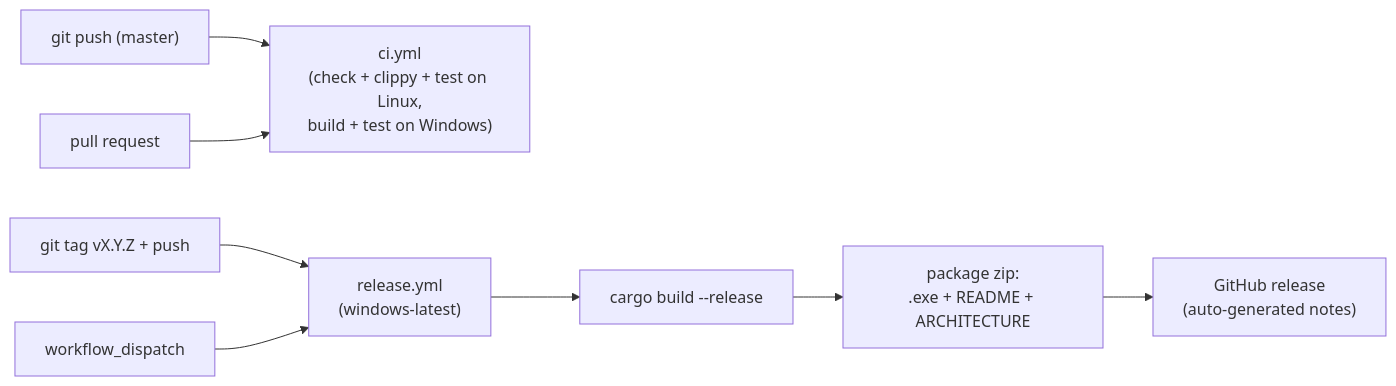
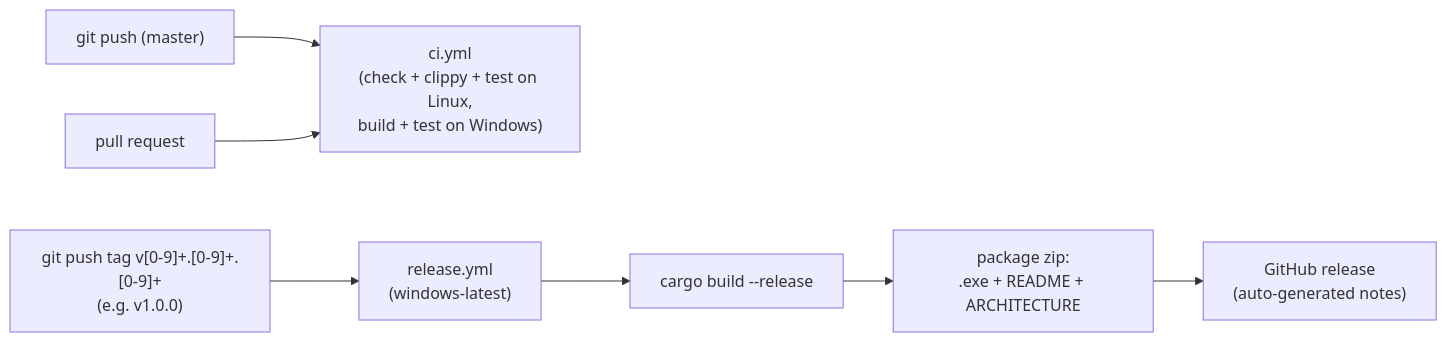
Before and after one commit to Eric-D/obs-discord-voice-overlay: the tenth of 10 diagrams in docs/ARCHITECTURE.md, drawn with Mermaid. The commit also changed other lines of this file and 2 other files, not shown here.

Commit message:
ci(release): restrict trigger to strict SemVer tags only
The release workflow now fires exclusively on a tag push matching
`v[0-9]+.[0-9]+.[0-9]+` (e.g. `v1.0.0`). Removes:
- The `workflow_dispatch` trigger and its `tag` input.
- The looser `v*.*.*` glob (which would match non-numeric segments and
  pre-release suffixes like `v1.0.0-alpha`).

Tags that do not match — pre-releases, uppercase `V`, anything outside
`v<int>.<int>.<int>` — are now ignored, preventing accidental
"unintended release" surprises and keeping every published artifact
strictly versioned.

README and ARCHITECTURE updated to reflect the new constraint.

````diff
--- a/docs/ARCHITECTURE.md
+++ b/docs/ARCHITECTURE.md
@@ -359,10 +359,9 @@
 ```mermaid
 flowchart LR
     Push["git push (master)"] --> CI["ci.yml<br/>(check + clippy + test on Linux,<br/>build + test on Windows)"]
     PR["pull request"] --> CI
-    Tag["git tag vX.Y.Z + push"] --> Release["release.yml<br/>(windows-latest)"]
-    Manual["workflow_dispatch"] --> Release
+    Tag["git push tag v[0-9]+.[0-9]+.[0-9]+<br/>(e.g. v1.0.0)"] --> Release["release.yml<br/>(windows-latest)"]
     Release --> Build["cargo build --release"]
     Build --> Pkg["package zip:<br/>.exe + README + ARCHITECTURE"]
     Pkg --> GH["GitHub release<br/>(auto-generated notes)"]
 ```
````
